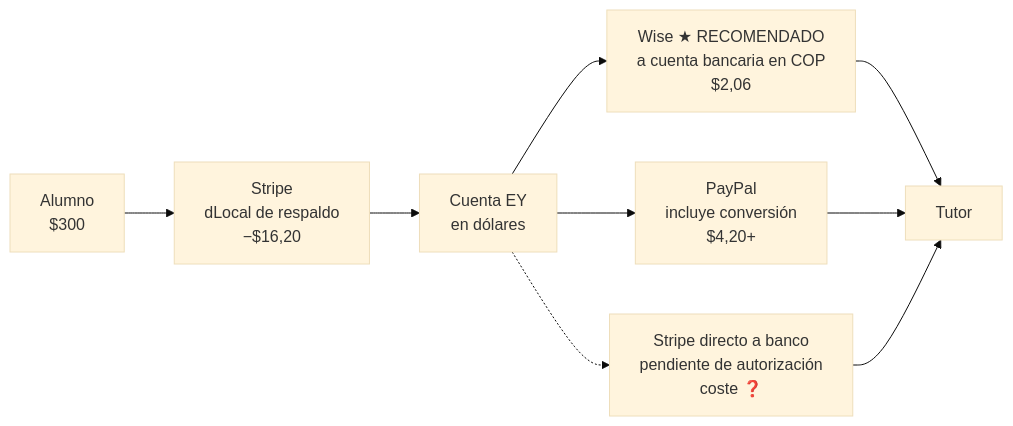
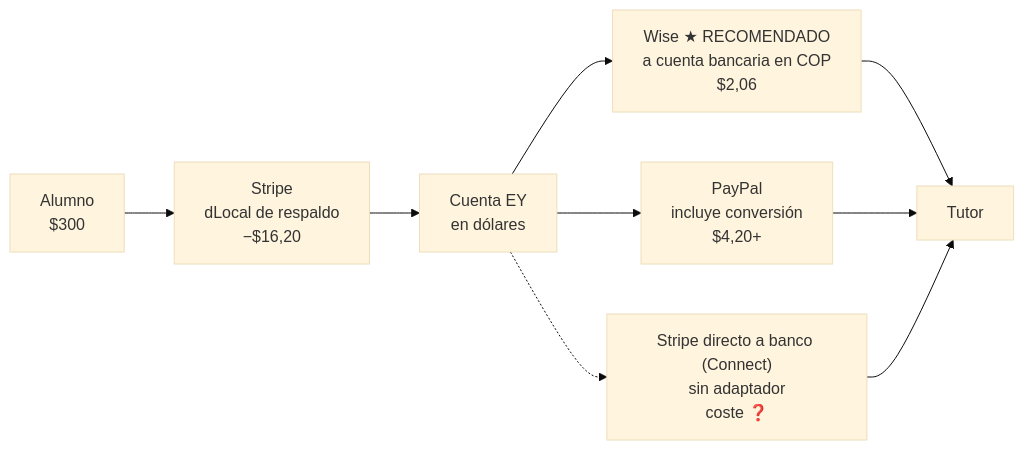
Before and after one commit to emiliofaimlab/ensenameya: the third of 4 diagrams in docs/PAGOS-Y-PAYOUTS.md, drawn with Mermaid (base theme). The commit also changed other lines of this file and 6 other files, not shown here.

````diff
--- a/docs/PAGOS-Y-PAYOUTS.md
+++ b/docs/PAGOS-Y-PAYOUTS.md
@@ -210,11 +218,11 @@
 ```mermaid
 flowchart LR
   A["Alumno<br/>$300"] --> S["Stripe<br/>dLocal de respaldo<br/>−$16,20"]
   S --> C["Cuenta EY<br/>en dólares"]
   C --> W["Wise ★ RECOMENDADO<br/>a cuenta bancaria en COP<br/>$2,06"]
   C --> PP["PayPal<br/>incluye conversión<br/>$4,20+"]
-  C -.-> ST["Stripe directo a banco<br/>pendiente de autorización<br/>coste ❓"]
+  C -.-> ST["Stripe directo a banco (Connect)<br/>sin adaptador<br/>coste ❓"]
   W --> T["Tutor"]
   PP --> T
   ST --> T
 ```
````
